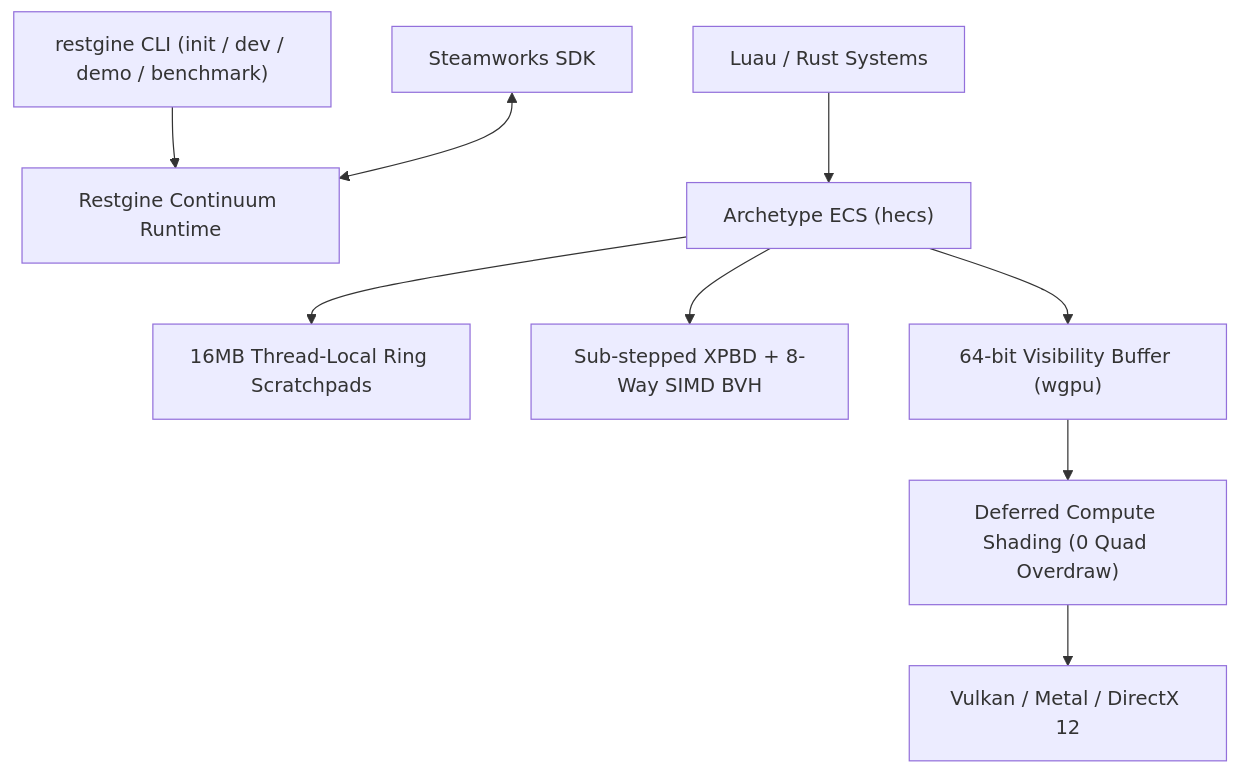
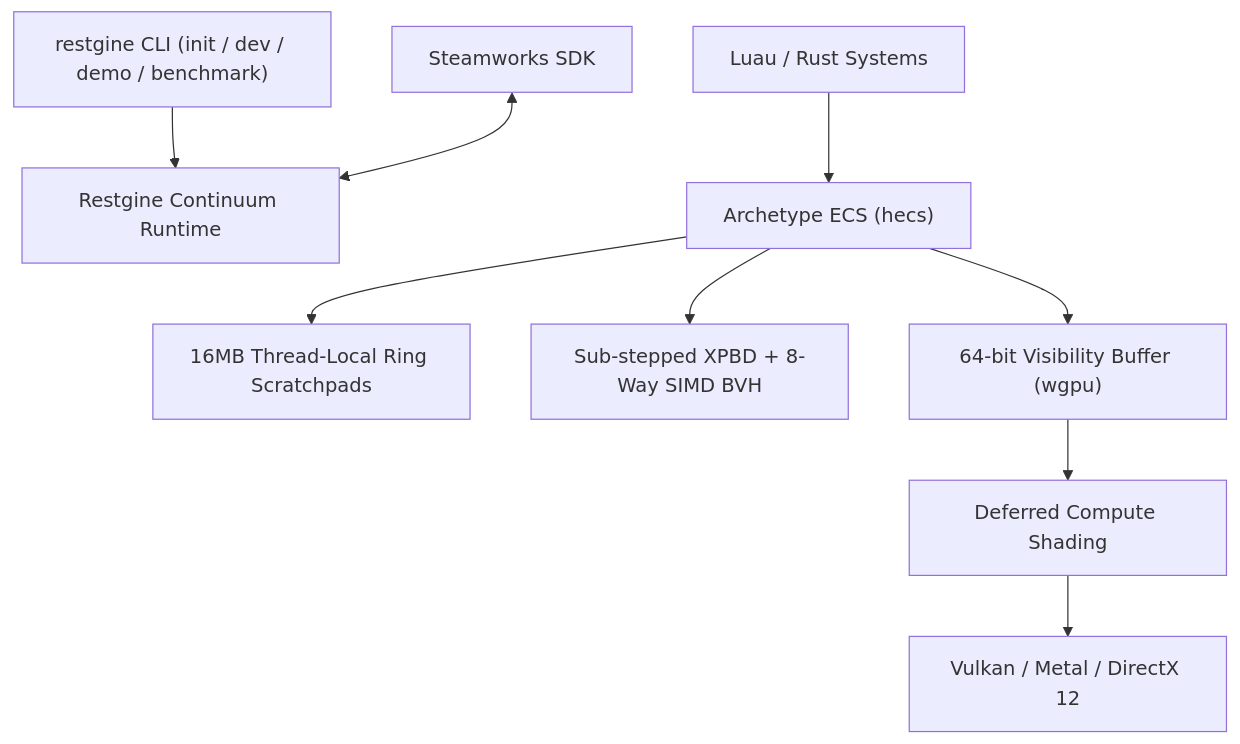
Before and after one commit to PilohWhy/restgine: the diagram in README.md, drawn with Mermaid. The commit also changed other lines of this file and 5 other files, not shown here.

Commit message:
docs: render benchmark chart as PNG, add developer and contributor guides, and update license

````diff
--- a/README.md
+++ b/README.md
@@ -43,11 +57,11 @@
 ```mermaid
 flowchart TD
     CLI["restgine CLI (init / dev / demo / benchmark)"] --> Runtime
     Scripts["Luau / Rust Systems"] --> ECS["Archetype ECS (hecs)"]
     ECS --> Scratch["16MB Thread-Local Ring Scratchpads"]
     ECS --> Physics["Sub-stepped XPBD + 8-Way SIMD BVH"]
     ECS --> VisBuffer["64-bit Visibility Buffer (wgpu)"]
-    VisBuffer --> Shading["Deferred Compute Shading (0 Quad Overdraw)"]
+    VisBuffer --> Shading["Deferred Compute Shading"]
     Shading --> GPU["Vulkan / Metal / DirectX 12"]
     Steam["Steamworks SDK"] <--> Runtime["Restgine Continuum Runtime"]
 ```
````
